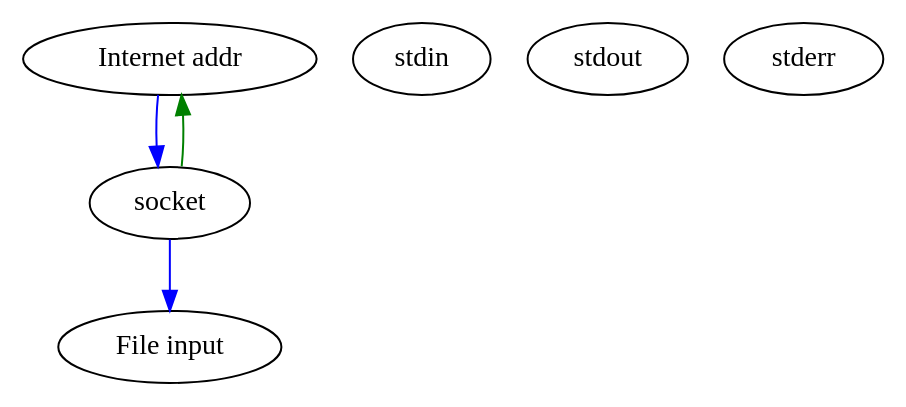
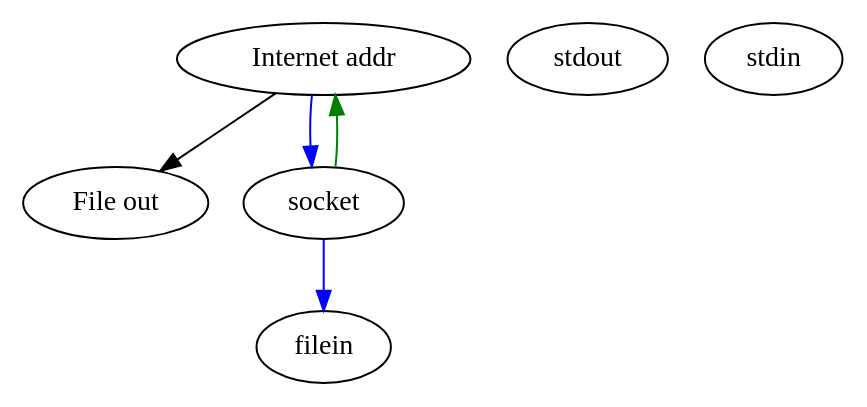
The diagram in flowgraph.dot (weezel/macvendor), drawn with Graphviz before and after one commit. The commit also changed 1 other file, not shown here.

```diff
--- a/flowgraph.dot
+++ b/flowgraph.dot
@@ -1,17 +1,17 @@
 digraph G
 {
 	internet [label = "Internet addr"];
 
 	subgraph local
 	{
+		stdout [label = "stdout"];
 		stdin [label = "stdin"];
-		stdout [label = "stdout"];
-		stderr [label = "stderr"];
-		file [label = "File input"];
+		fileout [label = "File out"];
 		socket [label = "socket"];
 	};
 
+	internet -> fileout;
 	socket -> internet [color = "green"];
-	internet -> socket -> file [color = "blue"];
+	internet -> socket -> filein [color = "blue"];
 
 }
```
